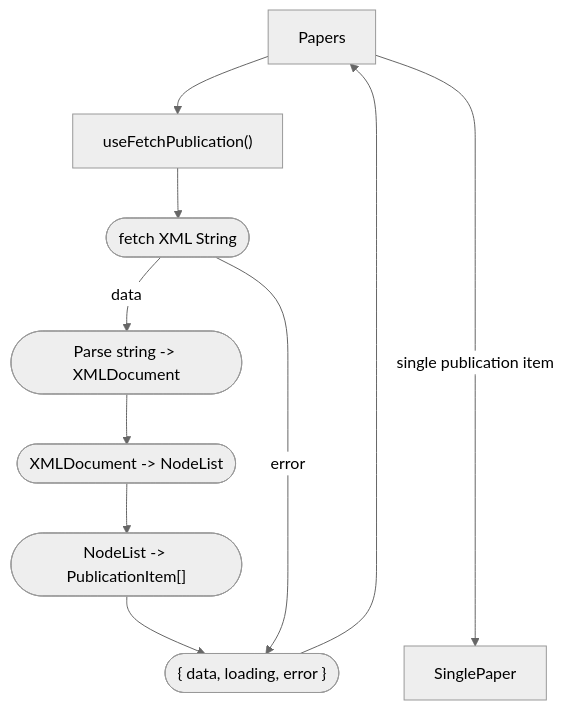
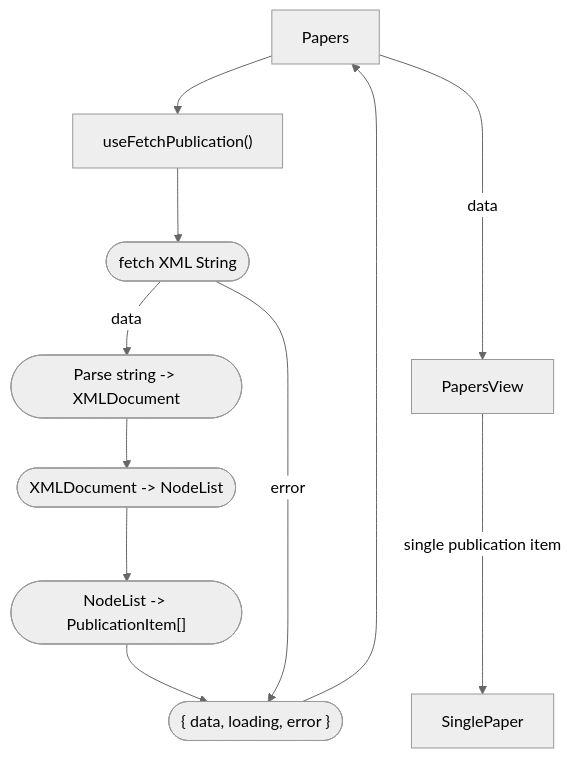
The first of 3 diagrams in apps/dicty-frontpage/docs/Publications.md (dictyBase/frontendx), drawn with Mermaid (neutral theme) before and after one commit.

Commit message:
refactor(Publications.md): add PapersView node in flowchart
A flowchart node for a PapersView component has been added to the flowchart in the publications documentation to better reflect the intended design of the feature.

````diff
--- a/apps/dicty-frontpage/docs/Publications.md
+++ b/apps/dicty-frontpage/docs/Publications.md
@@ -7,20 +7,22 @@
 ```mermaid
 flowchart TD
 
 A[Papers]
-B[SinglePaper]
+B[PapersView]
+C[SinglePaper]
 H["useFetchPublication()"]
 H1(["fetch XML String"])
 H2(["Parse string -> XMLDocument"])
 H3(["XMLDocument -> NodeList"])
 H4(["NodeList -> PublicationItem[]"])
 R(["{ data, loading, error }"])
 
 A --> H
-A ------->|"single publication item"| B
+A ---->|data| B
+B ---->|"single publication item"|C
 
 H --> H1 -->|data| H2 --> H3 --> H4 --> R
 H1 -->|error| R --> A
 
 
 ```
````
